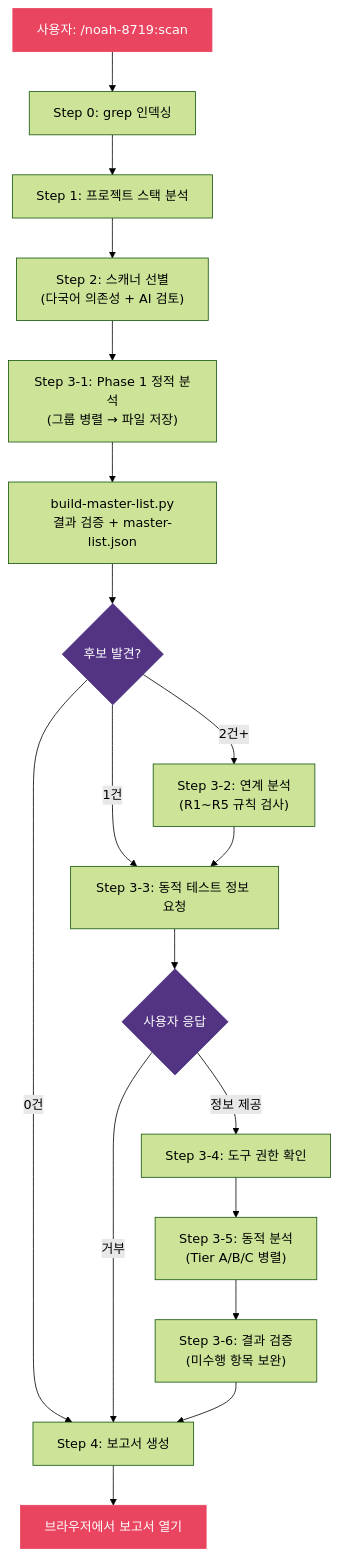
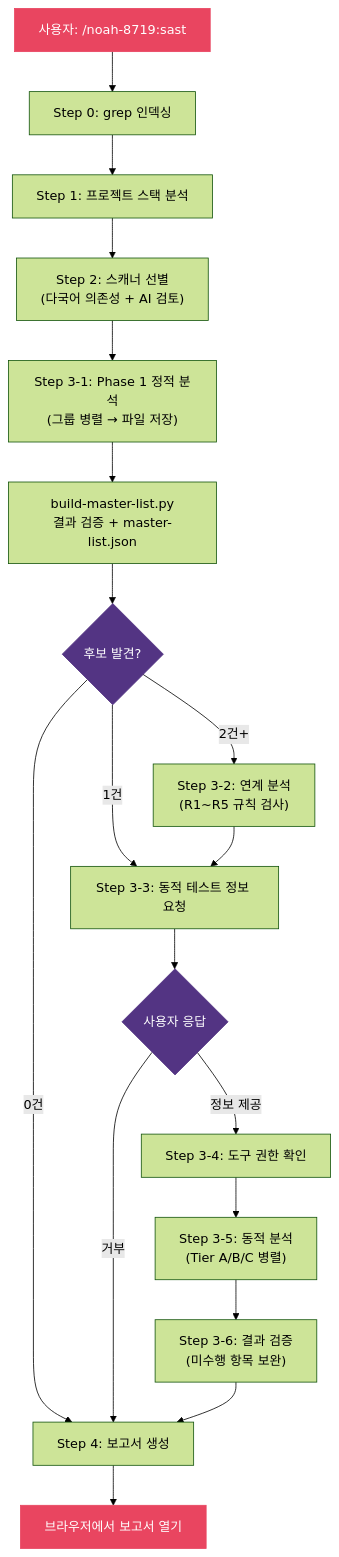
Before and after one commit to nomarlhack/noah-sast: the fifth of 5 diagrams in README.md, drawn with Mermaid (forest theme). The commit also changed other lines of this file and 151 other files, not shown here.

Commit message:
rename: skills/scan → skills/sast

````diff
--- a/README.md
+++ b/README.md
@@ -630,25 +630,25 @@
 ```mermaid
 flowchart TD
-    User["사용자: /noah-8719:scan"] --> S0["Step 0: grep 인덱싱"]
+    User["사용자: /noah-8719:sast"] --> S0["Step 0: grep 인덱싱"]
     S0 --> S1["Step 1: 프로젝트 스택 분석"]
     S1 --> S2["Step 2: 스캐너 선별\n(다국어 의존성 + AI 검토)"]
     S2 --> S3["Step 3-1: Phase 1 정적 분석\n(그룹 병렬 → 파일 저장)"]
     S3 --> BML2["build-master-list.py\n결과 검증 + master-list.json"]
     BML2 --> Check{후보 발견?}
     Check -->|0건| S4["Step 4: 보고서 생성"]
     Check -->|2건+| Chain["Step 3-2: 연계 분석\n(R1~R5 규칙 검사)"]
     Check -->|1건| Ask
     Chain --> Ask["Step 3-3: 동적 테스트 정보 요청"]
     Ask --> UserReply{사용자 응답}
     UserReply -->|정보 제공| Perm["Step 3-4: 도구 권한 확인"]
     UserReply -->|거부| S4
     Perm --> Dynamic["Step 3-5: 동적 분석\n(Tier A/B/C 병렬)"]
     Dynamic --> Verify["Step 3-6: 결과 검증\n(미수행 항목 보완)"]
     Verify --> S4
     S4 --> Open["브라우저에서 보고서 열기"]
 
     style User fill:#e94560,stroke:#e94560,color:#fff
     style Open fill:#e94560,stroke:#e94560,color:#fff
     style Check fill:#533483,stroke:#533483,color:#fff
     style UserReply fill:#533483,stroke:#533483,color:#fff
 ```
````
